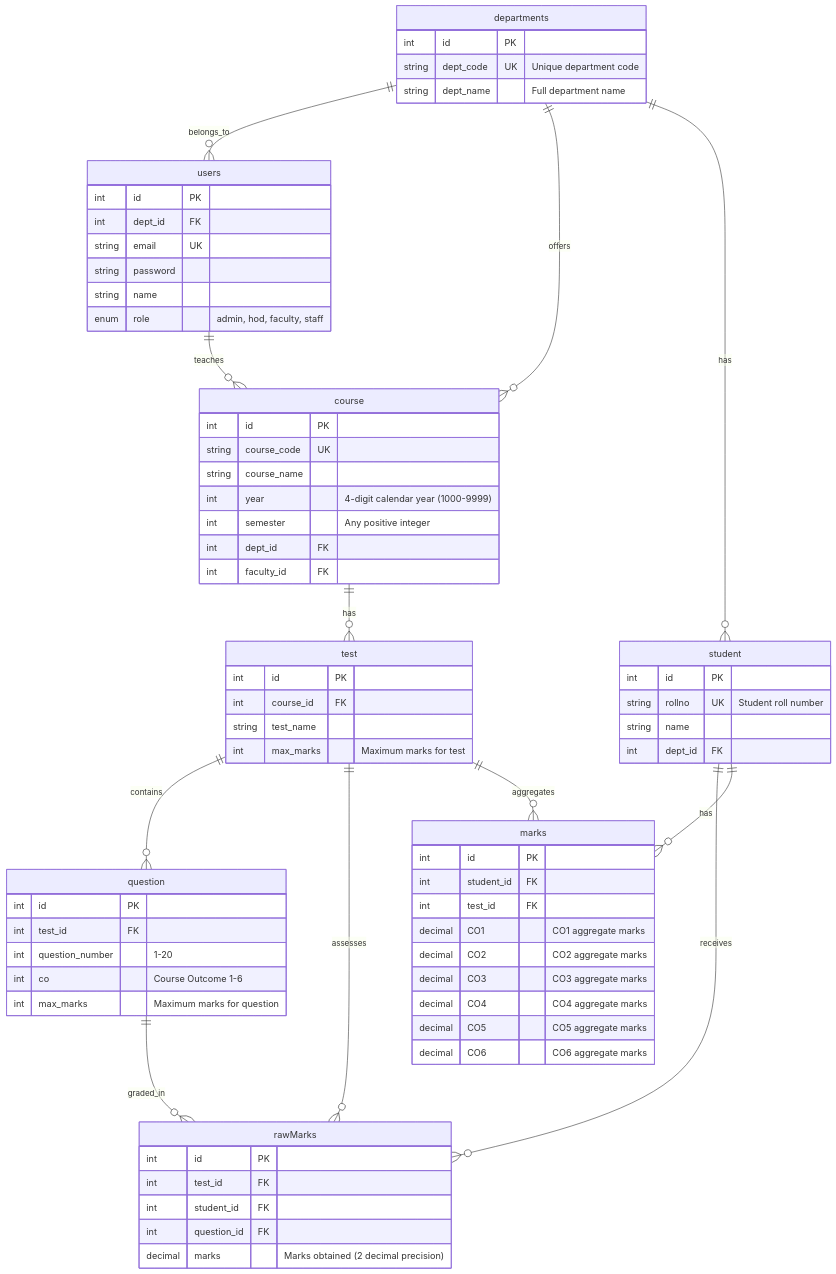
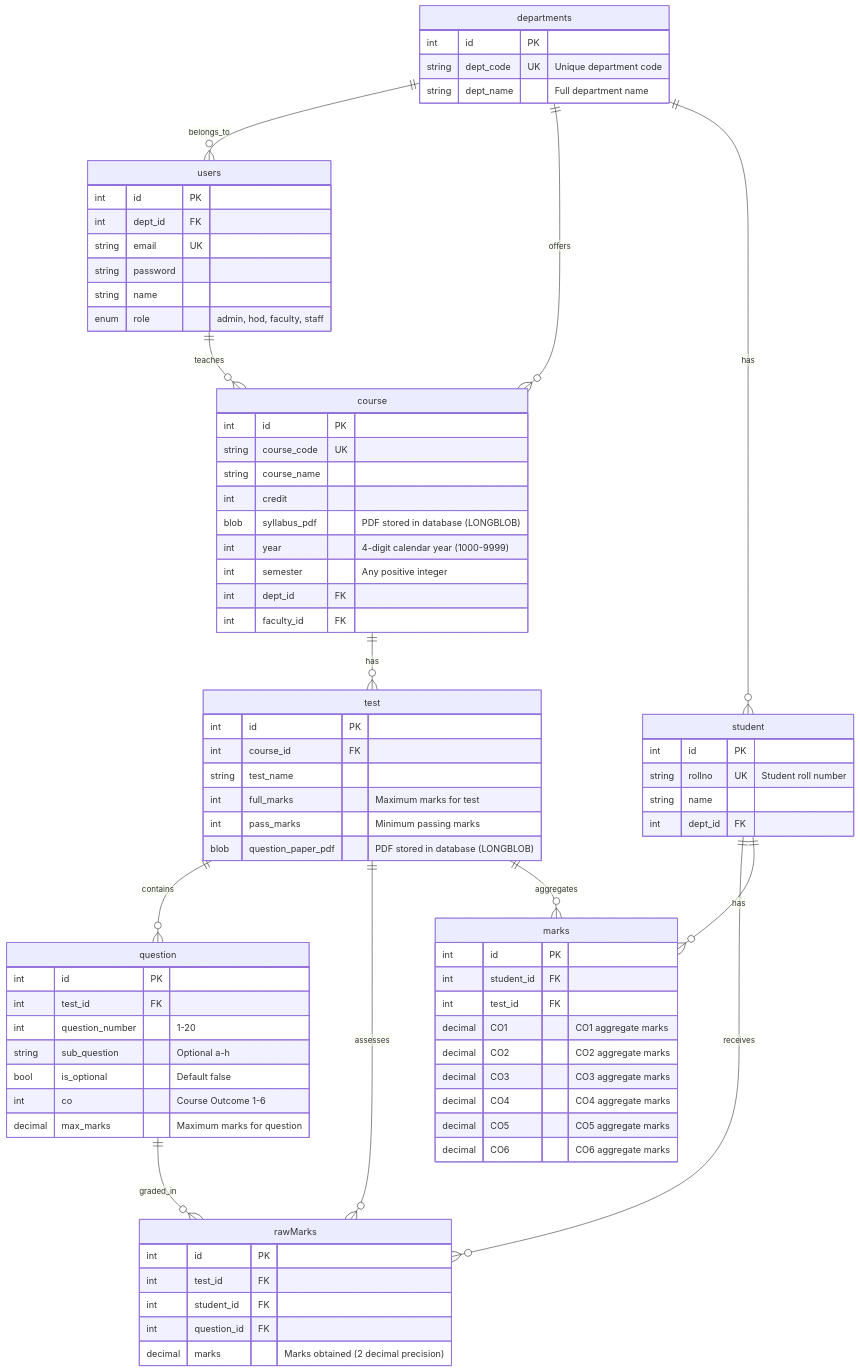
One commit to berealatul/nba changed the diagram in docs/schema.md. Above: the diagram before and after it, drawn with Mermaid. The commit also changed other lines of this file and 9 other files, not shown here.

Commit message:
Added Question & Syllabus Store IN DB

```diff
--- a/docs/schema.md
+++ b/docs/schema.md
@@ -35,6 +31,8 @@
         int id PK
         string course_code UK
         string course_name
+        int credit
+        blob syllabus_pdf "PDF stored in database (LONGBLOB)"
         int year "4-digit calendar year (1000-9999)"
         int semester "Any positive integer"
         int dept_id FK
@@ -45,15 +43,19 @@
         int id PK
         int course_id FK
         string test_name
-        int max_marks "Maximum marks for test"
+        int full_marks "Maximum marks for test"
+        int pass_marks "Minimum passing marks"
+        blob question_paper_pdf "PDF stored in database (LONGBLOB)"
     }
 
     question {
         int id PK
         int test_id FK
         int question_number "1-20"
+        string sub_question "Optional a-h"
+        bool is_optional "Default false"
         int co "Course Outcome 1-6"
-        int max_marks "Maximum marks for question"
+        decimal max_marks "Maximum marks for question"
     }
 
     student {
```
